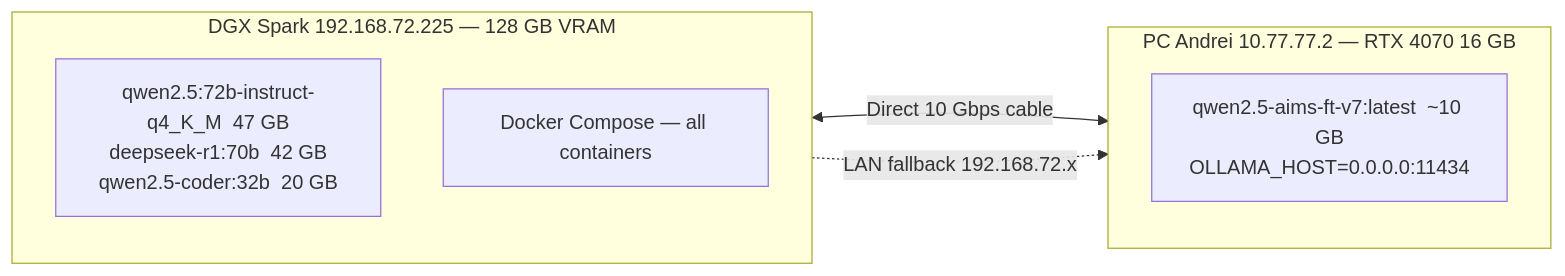
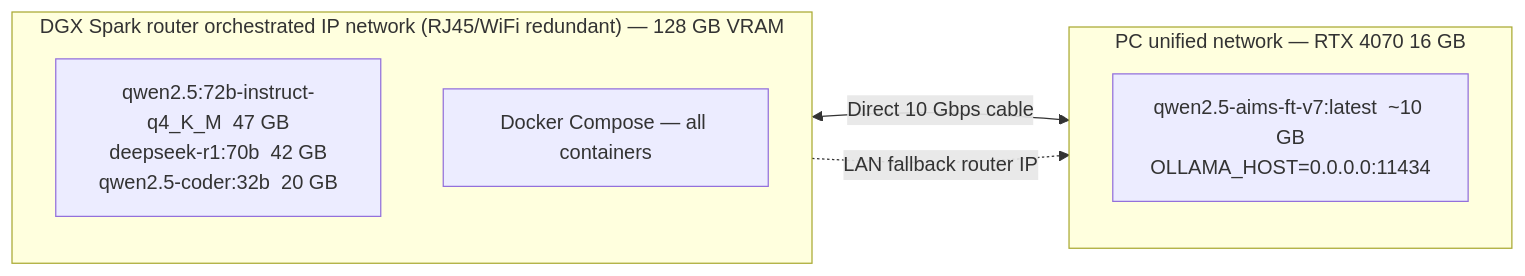
One commit to AxiOMSphereAssistanceAIMS/AxiOMSphere changed diagram 12 of 12 in README.md. Above: the diagram before and after it, drawn with Mermaid. The commit also changed other lines of this file, not shown here.

````diff
--- a/README.md
+++ b/README.md
@@ -560,12 +560,12 @@
 ```mermaid
 graph LR
-    subgraph DGX["DGX Spark  192.168.72.225  —  128 GB VRAM"]
+    subgraph DGX["DGX Spark router orchestrated IP network (RJ45/WiFi redundant)  —  128 GB VRAM"]
         DGX_MODELS["qwen2.5:72b-instruct-q4_K_M  47 GB\ndeepseek-r1:70b  42 GB\nqwen2.5-coder:32b  20 GB"]
         DGX_DOCKER["Docker Compose — all containers"]
     end
-    subgraph PC["PC Andrei  10.77.77.2  —  RTX 4070 16 GB"]
+    subgraph PC["PC  unified network  —  RTX 4070 16 GB"]
         PC_MODELS["qwen2.5-aims-ft-v7:latest  ~10 GB\nOLLAMA_HOST=0.0.0.0:11434"]
     end
     DGX <-->|"Direct 10 Gbps cable"| PC
-    DGX -.->|"LAN fallback 192.168.72.x"| PC
+    DGX -.->|"LAN fallback router IP"| PC
 ```
````
